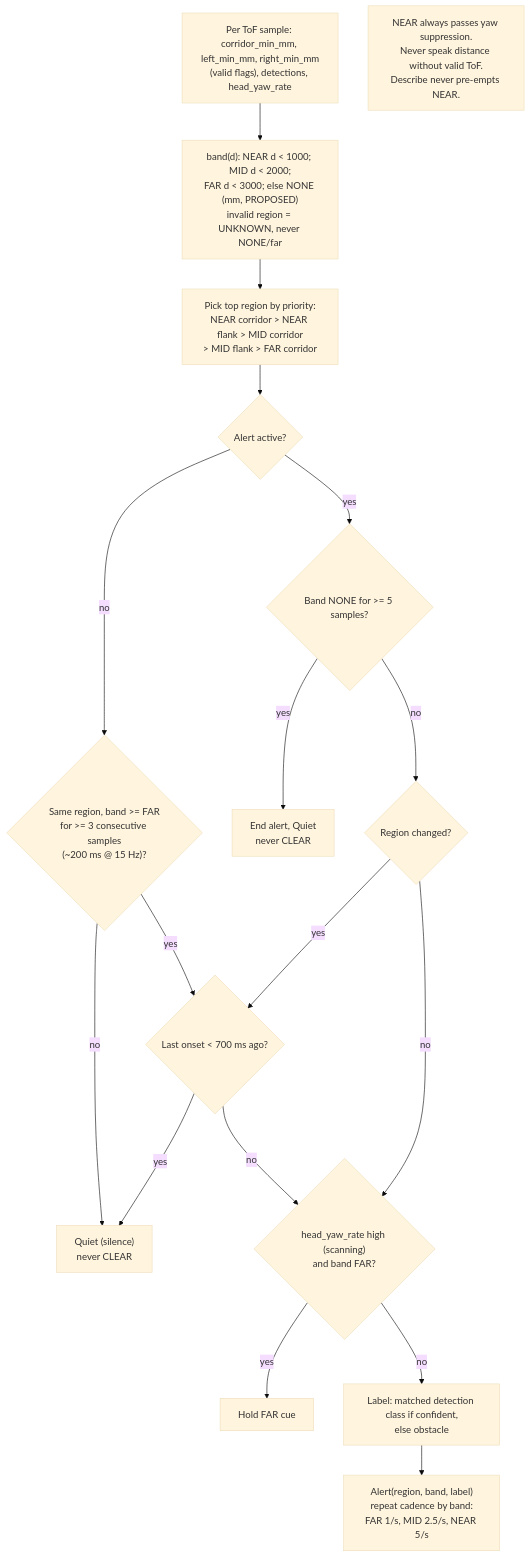
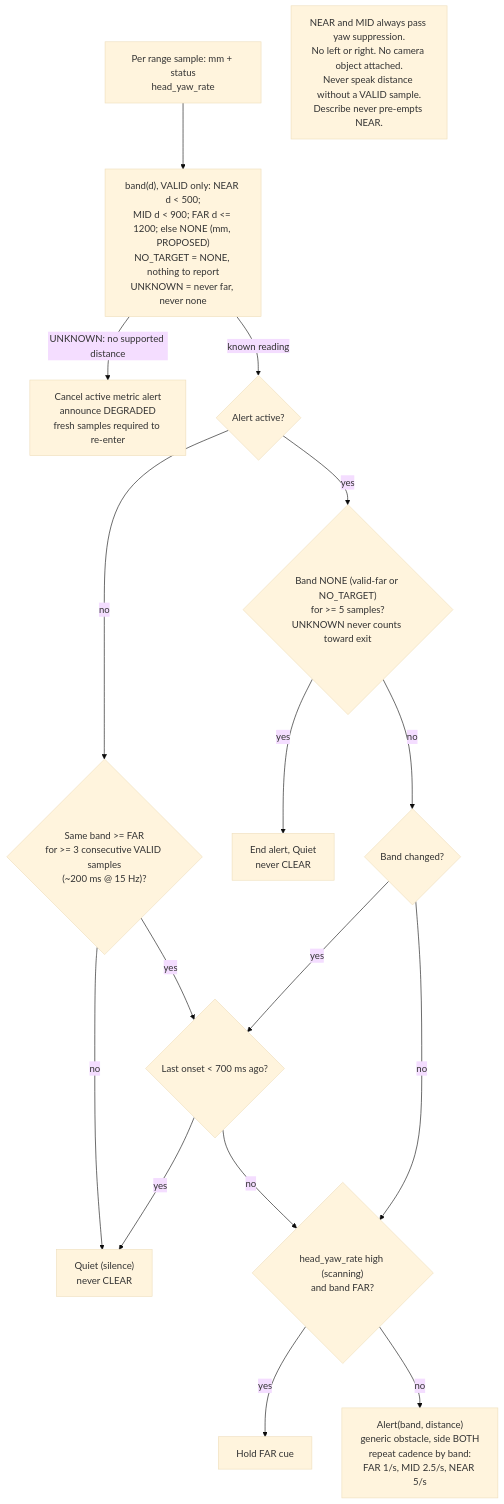
The fifth of 9 diagrams in docs/flows/software.md (nunera/Determine), drawn with Mermaid (base theme) before and after one commit. The commit also changed other lines of this file and 159 other files, not shown here.

````diff
--- a/docs/flows/software.md
+++ b/docs/flows/software.md
@@ -118,20 +119,19 @@
 ```mermaid
 flowchart TD
-  IN["Per ToF sample: corridor_min_mm, left_min_mm, right_min_mm<br/>(valid flags), detections, head_yaw_rate"] --> BAND["band(d): NEAR d < 1000; MID d < 2000;<br/>FAR d < 3000; else NONE (mm, PROPOSED)<br/>invalid region = UNKNOWN, never NONE/far"]
-  BAND --> PRI["Pick top region by priority:<br/>NEAR corridor > NEAR flank > MID corridor<br/>> MID flank > FAR corridor"]
-  PRI --> ACT{"Alert active?"}
-  ACT -- no --> ENT{"Same region, band >= FAR<br/>for >= 3 consecutive samples<br/>(~200 ms @ 15 Hz)?"}
+  IN["Per range sample: mm + status<br/>head_yaw_rate"] --> BAND["band(d), VALID only: NEAR d < 500;<br/>MID d < 900; FAR d <= 1200; else NONE (mm, PROPOSED)<br/>NO_TARGET = NONE, nothing to report<br/>UNKNOWN = never far, never none"]
+  BAND -- "UNKNOWN: no supported distance" --> UNKNOWN["Cancel active metric alert<br/>announce DEGRADED<br/>fresh samples required to re-enter"]
+  BAND -- "known reading" --> ACT{"Alert active?"}
+  ACT -- no --> ENT{"Same band >= FAR<br/>for >= 3 consecutive VALID samples<br/>(~200 ms @ 15 Hz)?"}
   ENT -- no --> Q["Quiet (silence)<br/>never CLEAR"]
   ENT -- yes --> RL{"Last onset < 700 ms ago?"}
   RL -- yes --> Q
   RL -- no --> YAW
-  ACT -- yes --> EXIT{"Band NONE for >= 5 samples?"}
+  ACT -- yes --> EXIT{"Band NONE (valid-far or NO_TARGET)<br/>for >= 5 samples?<br/>UNKNOWN never counts toward exit"}
   EXIT -- yes --> END["End alert, Quiet<br/>never CLEAR"]
-  EXIT -- no --> RC{"Region changed?"}
+  EXIT -- no --> RC{"Band changed?"}
   RC -- yes --> RL
   RC -- no --> YAW{"head_yaw_rate high (scanning)<br/>and band FAR?"}
   YAW -- yes --> HOLD["Hold FAR cue"]
-  YAW -- no --> LAB["Label: matched detection class if confident,<br/>else obstacle"]
-  LAB --> ALERT["Alert(region, band, label)<br/>repeat cadence by band:<br/>FAR 1/s, MID 2.5/s, NEAR 5/s"]
-  NOTE["NEAR always passes yaw suppression.<br/>Never speak distance without valid ToF.<br/>Describe never pre-empts NEAR."]
+  YAW -- no --> ALERT["Alert(band, distance)<br/>generic obstacle, side BOTH<br/>repeat cadence by band:<br/>FAR 1/s, MID 2.5/s, NEAR 5/s"]
+  NOTE["NEAR and MID always pass yaw suppression.<br/>No left or right. No camera object attached.<br/>Never speak distance without a VALID sample.<br/>Describe never pre-empts NEAR."]
 ```
````
